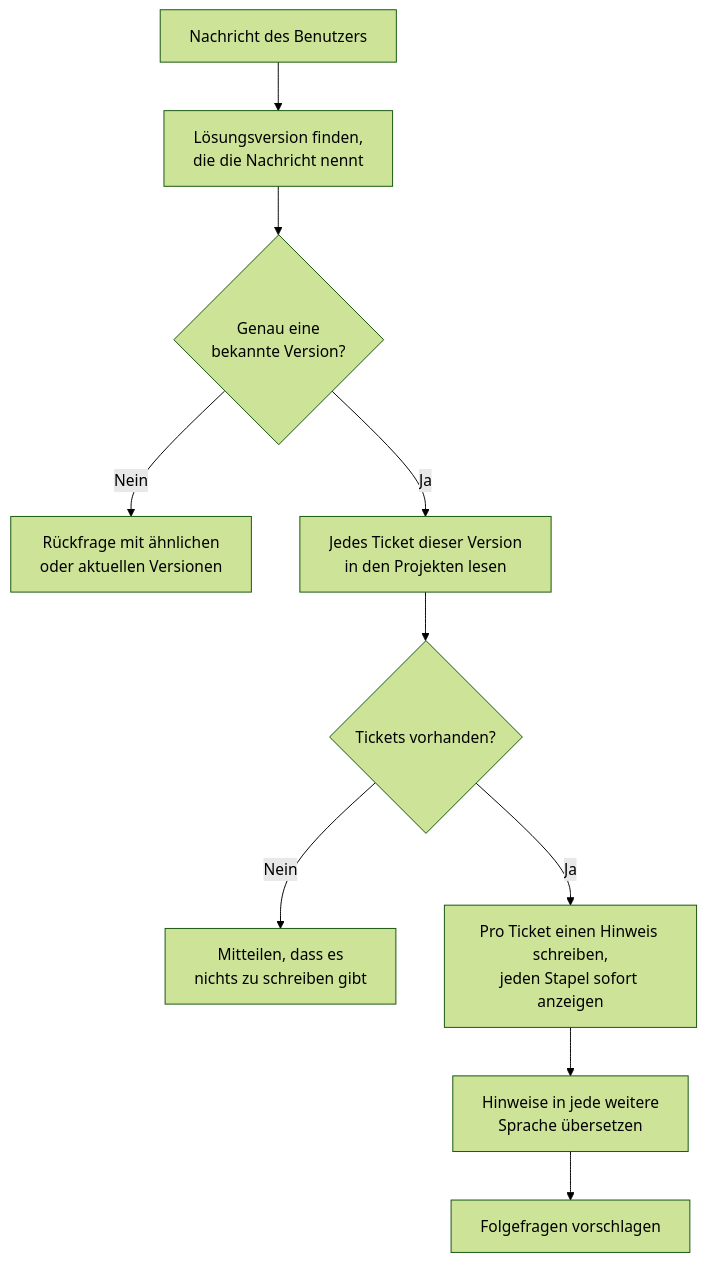
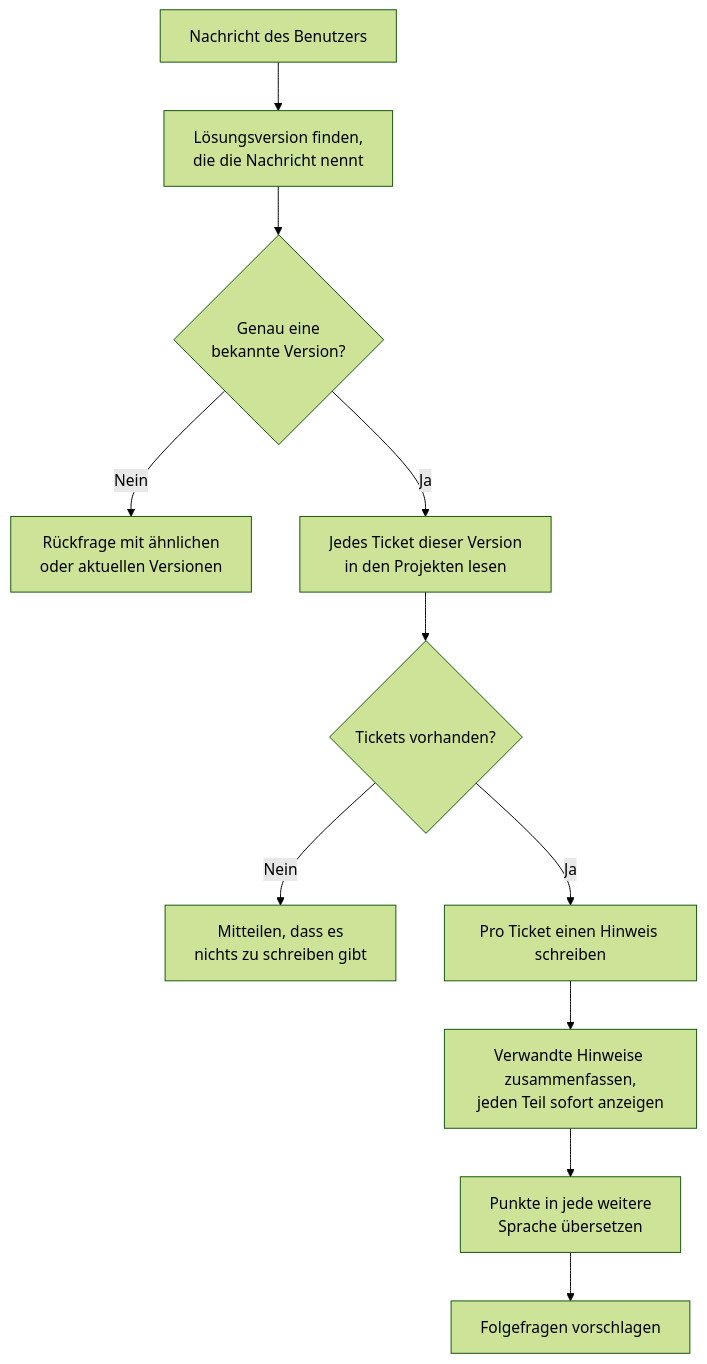
The diagram in docs/docs/2_platform/5_agents/14_release_notes_assistant/index.de.md (bbvch-ai/aihub-core), drawn with Mermaid (forest theme) before and after one commit. The commit also changed other lines of this file and 24 other files, not shown here.

````diff
--- a/docs/docs/2_platform/5_agents/14_release_notes_assistant/index.de.md
+++ b/docs/docs/2_platform/5_agents/14_release_notes_assistant/index.de.md
@@ -26,12 +26,13 @@
 ```mermaid
 flowchart TD
     A[Nachricht des Benutzers] --> B[Lösungsversion finden,<br/>die die Nachricht nennt]
     B --> C{Genau eine<br/>bekannte Version?}
     C -- Nein --> D[Rückfrage mit ähnlichen<br/>oder aktuellen Versionen]
     C -- Ja --> E[Jedes Ticket dieser Version<br/>in den Projekten lesen]
     E --> F{Tickets vorhanden?}
     F -- Nein --> G[Mitteilen, dass es<br/>nichts zu schreiben gibt]
-    F -- Ja --> H[Pro Ticket einen Hinweis schreiben,<br/>jeden Stapel sofort anzeigen]
-    H --> I[Hinweise in jede weitere<br/>Sprache übersetzen]
+    F -- Ja --> H[Pro Ticket einen Hinweis schreiben]
+    H --> M[Verwandte Hinweise zusammenfassen,<br/>jeden Teil sofort anzeigen]
+    M --> I[Punkte in jede weitere<br/>Sprache übersetzen]
     I --> J[Folgefragen vorschlagen]
 ```
````
